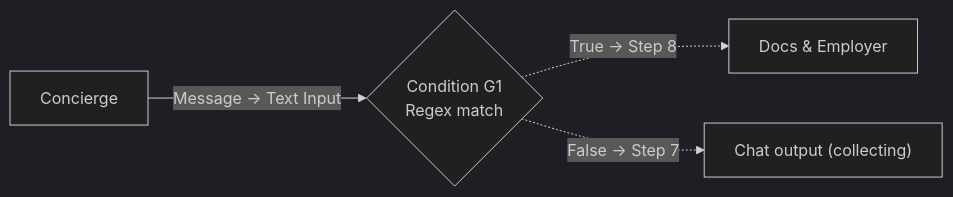
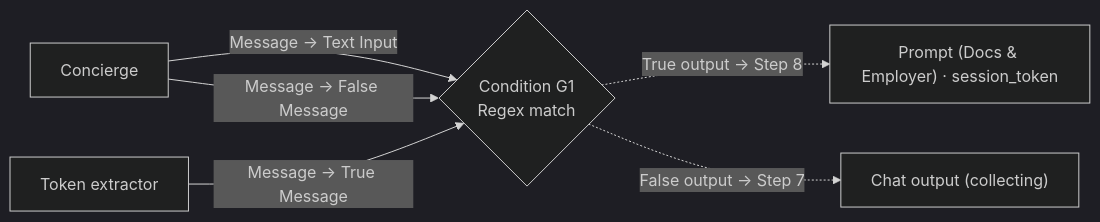
Before and after one commit to vmleon/oracle-database-private-agent-factory-poc: the sixth of 18 diagrams in paf/flows/CHAT_WORKFLOW.md, drawn with Mermaid (dark theme). The commit also changed other lines of this file and 1 other file, not shown here.

Commit message:
docs: fix G1 token-through-gate wiring, log PAF condition coupling issue

````diff
--- a/paf/flows/CHAT_WORKFLOW.md
+++ b/paf/flows/CHAT_WORKFLOW.md
@@ -205,6 +211,8 @@
 ```mermaid
 flowchart LR
-    A["Concierge"] -->|Message → Text Input| G1{"Condition G1<br/>Regex match"}
-    G1 -.->|True → Step 8| DE["Docs & Employer"]
-    G1 -.->|False → Step 7| OC["Chat output (collecting)"]
+    C["Concierge"] -->|Message → Text Input| G1{"Condition G1<br/>Regex match"}
+    C -->|Message → False Message| G1
+    RT["Token extractor"] -->|Message → True Message| G1
+    G1 -.->|True output → Step 8| P8["Prompt (Docs & Employer) · session_token"]
+    G1 -.->|False output → Step 7| OC["Chat output (collecting)"]
 ```
````
